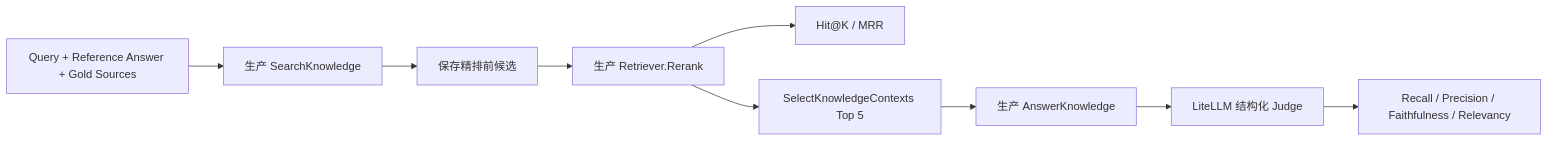
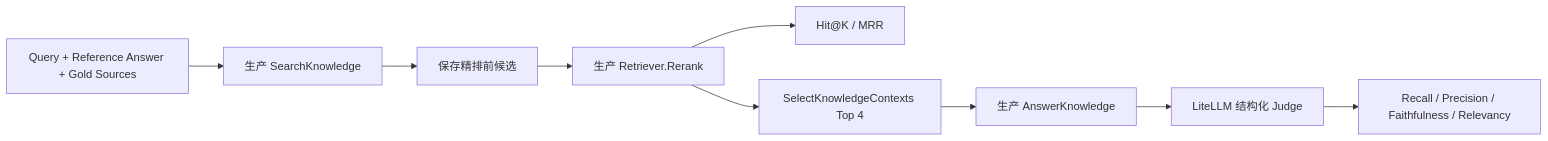
Before and after one commit to Diving-Di/Cortex: the second of 2 diagrams in docs/RAG.md, drawn with Mermaid. The commit also changed other lines of this file and 1 other file, not shown here.

````diff
--- a/docs/RAG.md
+++ b/docs/RAG.md
@@ -230,11 +263,11 @@
 ```mermaid
 flowchart LR
     Case["Query + Reference Answer + Gold Sources"] --> Search["生产 SearchKnowledge"]
     Search --> Before["保存精排前候选"]
     Before --> Rerank["生产 Retriever.Rerank"]
     Rerank --> RetrievalMetrics["Hit@K / MRR"]
-    Rerank --> Ctx["SelectKnowledgeContexts Top 5"]
+    Rerank --> Ctx["SelectKnowledgeContexts Top 4"]
     Ctx --> Generate["生产 AnswerKnowledge"]
     Generate --> Judge["LiteLLM 结构化 Judge"]
     Judge --> Quality["Recall / Precision / Faithfulness / Relevancy"]
 ```
````
